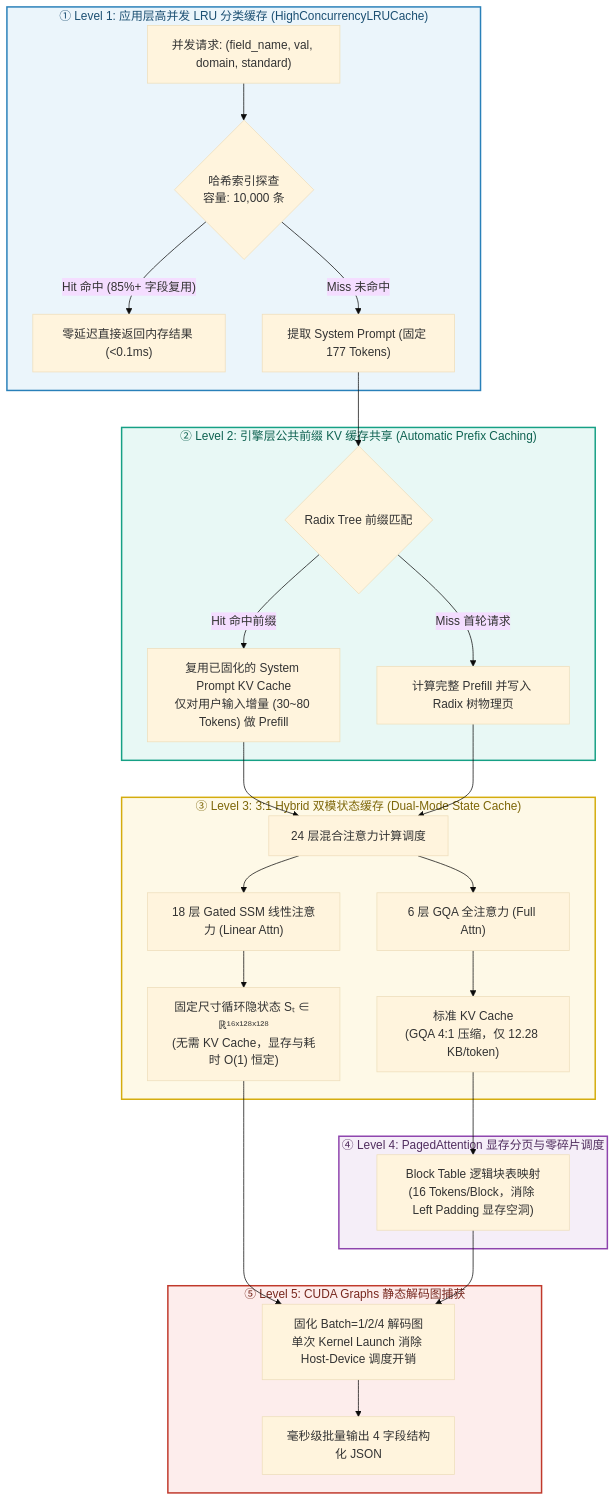
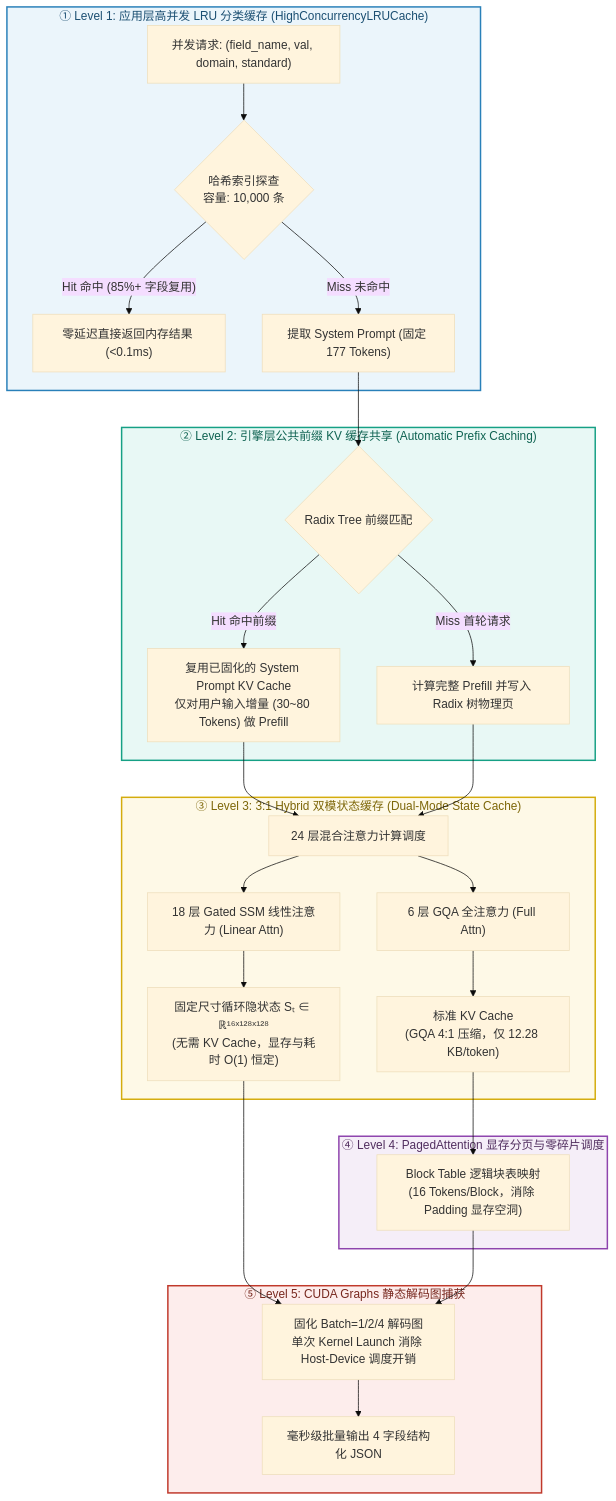
Diagram 11 of 12 in docs/llmlora/qwen3_5_0_8b_architecture.md (fengzhizi319/PrivShield), drawn with Mermaid (base theme) before and after one commit. The commit also changed other lines of this file and 2 other files, not shown here.

Commit message:
docs & test: annotate batch inference logic line-by-line and refine Qwen3.5-0.8B architecture docs

````diff
--- a/docs/llmlora/qwen3_5_0_8b_architecture.md
+++ b/docs/llmlora/qwen3_5_0_8b_architecture.md
@@ -731,45 +757,45 @@
 ```mermaid
 flowchart TD
     subgraph L1_APP["① Level 1: 应用层高并发 LRU 分类缓存 (HighConcurrencyLRUCache)"]
         REQ["并发请求: (field_name, val, domain, standard)"] --> C_CHECK{"哈希索引探查\n容量: 10,000 条"}
         C_CHECK -- "Hit 命中 (85%+ 字段复用)" --> RET_L1["零延迟直接返回内存结果 (<0.1ms)"]
         C_CHECK -- "Miss 未命中" --> L2_APC
     end
 
     subgraph L2_ENGINE["② Level 2: 引擎层公共前缀 KV 缓存共享 (Automatic Prefix Caching)"]
         L2_APC["提取 System Prompt (固定 177 Tokens)"] --> APC_CHECK{"Radix Tree 前缀匹配"}
         APC_CHECK -- "Hit 命中前缀" --> APC_REUSE["复用已固化的 System Prompt KV Cache\n仅对用户输入增量 (30~80 Tokens) 做 Prefill"]
         APC_CHECK -- "Miss 首轮请求" --> APC_GEN["计算完整 Prefill 并写入 Radix 树物理页"]
     end
 
     subgraph L3_ATTN["③ Level 3: 3:1 Hybrid 双模状态缓存 (Dual-Mode State Cache)"]
         APC_REUSE & APC_GEN --> HYBRID_SPLIT["24 层混合注意力计算调度"]
         
         HYBRID_SPLIT --> GQA_6["6 层 GQA 全注意力 (Full Attn)"]
         GQA_6 --> GQA_KV["标准 KV Cache\n(GQA 4:1 压缩，仅 12.28 KB/token)"]
         
         HYBRID_SPLIT --> SSM_18["18 层 Gated SSM 线性注意力 (Linear Attn)"]
         SSM_18 --> SSM_STATE["固定尺寸循环隐状态 Sₜ ∈ ℝ¹⁶ˣ¹²⁸ˣ¹²⁸\n(无需 KV Cache，显存与耗时 O(1) 恒定)"]
     end
 
     subgraph L4_PAGED["④ Level 4: PagedAttention 显存分页与零碎片调度"]
-        GQA_KV --> PAGE_MGR["Block Table 逻辑块表映射\n(16 Tokens/Block，消除 Left Padding 显存空洞)"]
+        GQA_KV --> PAGE_MGR["Block Table 逻辑块表映射\n(16 Tokens/Block，消除 Padding 显存空洞)"]
     end
 
     subgraph L5_GRAPH["⑤ Level 5: CUDA Graphs 静态解码图捕获"]
         SSM_STATE & PAGE_MGR --> CG_DEC["固化 Batch=1/2/4 解码图\n单次 Kernel Launch 消除 Host-Device 调度开销"]
         CG_DEC --> FINAL_OUT["毫秒级批量输出 4 字段结构化 JSON"]
     end
 
     classDef l1Style fill:#EBF5FB,stroke:#2980B9,stroke-width:2px,color:#1B4F72;
     classDef l2Style fill:#E8F8F5,stroke:#16A085,stroke-width:2px,color:#0E6251;
     classDef l3Style fill:#FEF9E7,stroke:#D4AC0D,stroke-width:2px,color:#7D6608;
     classDef l4Style fill:#F5EEF8,stroke:#8E44AD,stroke-width:2px,color:#512E5F;
     classDef l5Style fill:#FDEDEC,stroke:#C0392B,stroke-width:2px,color:#78281F;
     
     class L1_APP l1Style;
     class L2_ENGINE l2Style;
     class L3_ATTN l3Style;
     class L4_PAGED l4Style;
     class L5_GRAPH l5Style;
 ```
````
